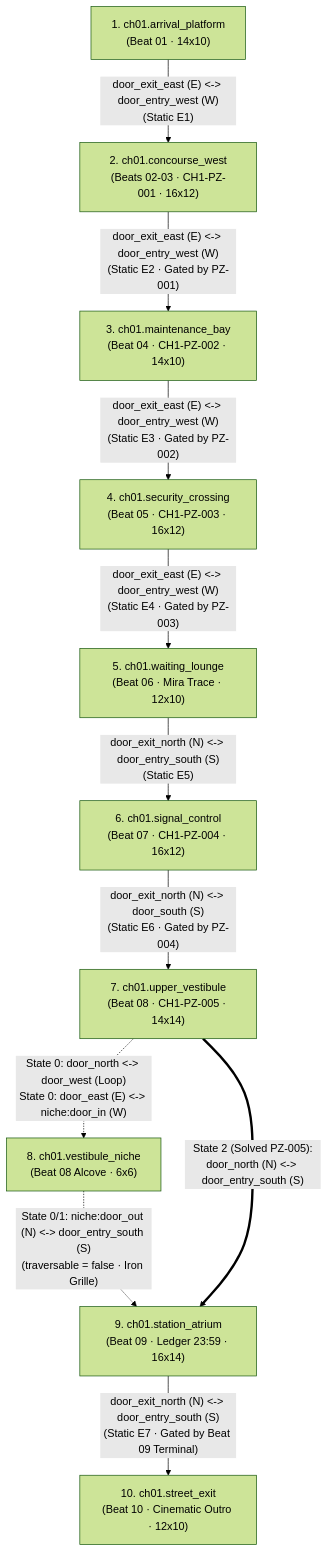
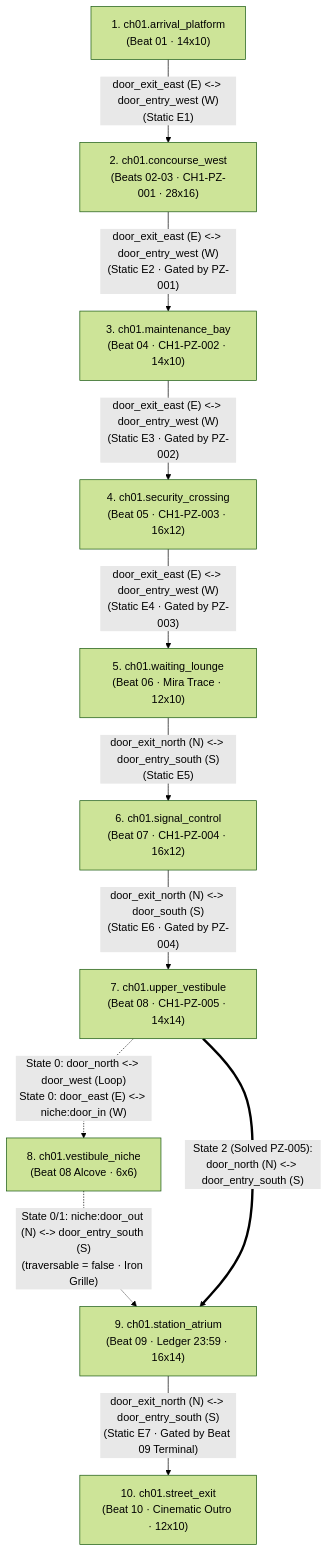
One commit to Zeeynrs/the-last-frame changed the diagram in design/ch01/ROOM_GRAPH.md. Above: the diagram before and after it, drawn with Mermaid (forest theme). The commit also changed other lines of this file and 8 other files, not shown here.

Commit message:
feat(TLF-080): Concourse West v2 graph def, door sweep, stand spots, and room test suite

````diff
--- a/design/ch01/ROOM_GRAPH.md
+++ b/design/ch01/ROOM_GRAPH.md
@@ -50,26 +50,26 @@
 ```mermaid
 flowchart TD
     R1["1. ch01.arrival_platform<br/>(Beat 01 · 14x10)"]
-    R2["2. ch01.concourse_west<br/>(Beats 02-03 · CH1-PZ-001 · 16x12)"]
+    R2["2. ch01.concourse_west<br/>(Beats 02-03 · CH1-PZ-001 · 28x16)"]
     R3["3. ch01.maintenance_bay<br/>(Beat 04 · CH1-PZ-002 · 14x10)"]
     R4["4. ch01.security_crossing<br/>(Beat 05 · CH1-PZ-003 · 16x12)"]
     R5["5. ch01.waiting_lounge<br/>(Beat 06 · Mira Trace · 12x10)"]
     R6["6. ch01.signal_control<br/>(Beat 07 · CH1-PZ-004 · 16x12)"]
     R7["7. ch01.upper_vestibule<br/>(Beat 08 · CH1-PZ-005 · 14x14)"]
     R8["8. ch01.vestibule_niche<br/>(Beat 08 Alcove · 6x6)"]
     R9["9. ch01.station_atrium<br/>(Beat 09 · Ledger 23:59 · 16x14)"]
     R10["10. ch01.street_exit<br/>(Beat 10 · Cinematic Outro · 12x10)"]
 
     R1 -- "door_exit_east (E) <-> door_entry_west (W)<br/>(Static E1)" --> R2
     R2 -- "door_exit_east (E) <-> door_entry_west (W)<br/>(Static E2 · Gated by PZ-001)" --> R3
     R3 -- "door_exit_east (E) <-> door_entry_west (W)<br/>(Static E3 · Gated by PZ-002)" --> R4
     R4 -- "door_exit_east (E) <-> door_entry_west (W)<br/>(Static E4 · Gated by PZ-003)" --> R5
     R5 -- "door_exit_north (N) <-> door_entry_south (S)<br/>(Static E5)" --> R6
     R6 -- "door_exit_north (N) <-> door_south (S)<br/>(Static E6 · Gated by PZ-004)" --> R7
 
     R7 -. "State 0: door_north <-> door_west (Loop)<br/>State 0: door_east (E) <-> niche:door_in (W)" .-> R8
     R8 -. "State 0/1: niche:door_out (N) <-> door_entry_south (S)<br/>(traversable = false · Iron Grille)" .-> R9
     R7 == "State 2 (Solved PZ-005):<br/>door_north (N) <-> door_entry_south (S)" ==> R9
 
     R9 -- "door_exit_north (N) <-> door_entry_south (S)<br/>(Static E7 · Gated by Beat 09 Terminal)" --> R10
 ```
````
